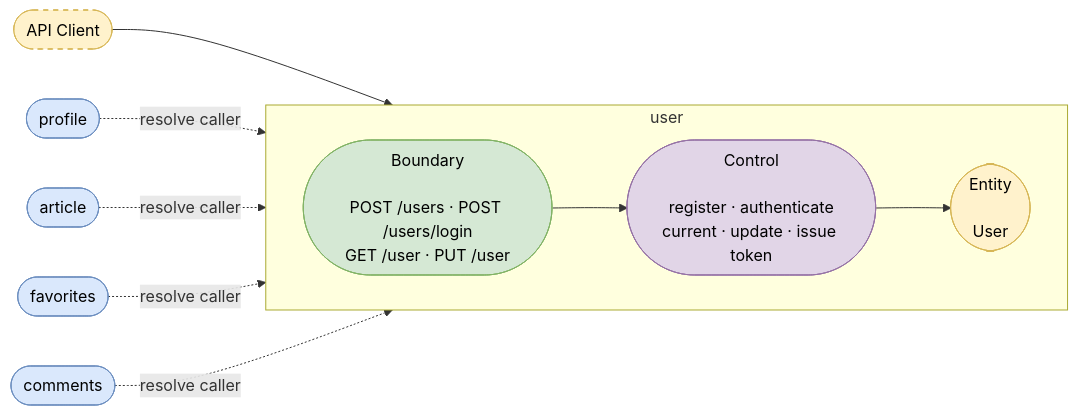
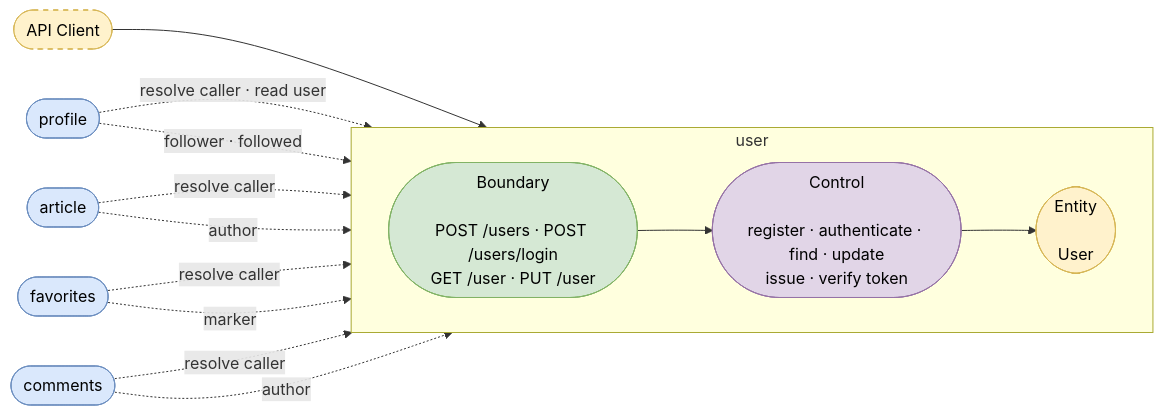
One commit to dearrudam/sdd4j-realworld-api changed the second of 7 diagrams in README.md. Above: the diagram before and after it, drawn with Mermaid. The commit also changed other lines of this file, not shown here.

First line of the commit message:
docs(readme): correct per-bc diagram wiring

````diff
--- a/README.md
+++ b/README.md
@@ -51,24 +51,28 @@
 ```mermaid
 graph LR
     client([API Client])
     subgraph user
         direction LR
-        b(["Boundary<br/><br/>POST /users · POST /users/login<br/>GET /user · PUT /user"]) --> c(["Control<br/><br/>register · authenticate<br/>current · update · issue token"]) --> e(["Entity<br/><br/>User"])
+        b(["Boundary<br/><br/>POST /users · POST /users/login<br/>GET /user · PUT /user"]) --> c(["Control<br/><br/>register · authenticate · find · update<br/>issue · verify token"]) --> e(["Entity<br/><br/>User"])
     end
     client --> b
-    profile([profile]) -.->|resolve caller| c
+    profile([profile]) -.->|resolve caller · read user| c
     article([article]) -.->|resolve caller| c
     favorites([favorites]) -.->|resolve caller| c
     comments([comments]) -.->|resolve caller| c
+    profile -.->|follower · followed| e
+    article -.->|author| e
+    favorites -.->|marker| e
+    comments -.->|author| e
 
     classDef ext fill:#fff2cc,stroke:#d6b656,color:#000,stroke-dasharray:5 5
     classDef boundary fill:#d5e8d4,stroke:#82b366,color:#000
     classDef control fill:#e1d5e7,stroke:#9673a6,color:#000
     classDef entity fill:#fff2cc,stroke:#d6b656,color:#000
     classDef bc fill:#dae8fc,stroke:#6c8ebf,color:#000
     class client ext
     class b boundary
     class c control
     class e entity
     class profile,article,favorites,comments bc
 ```
````
